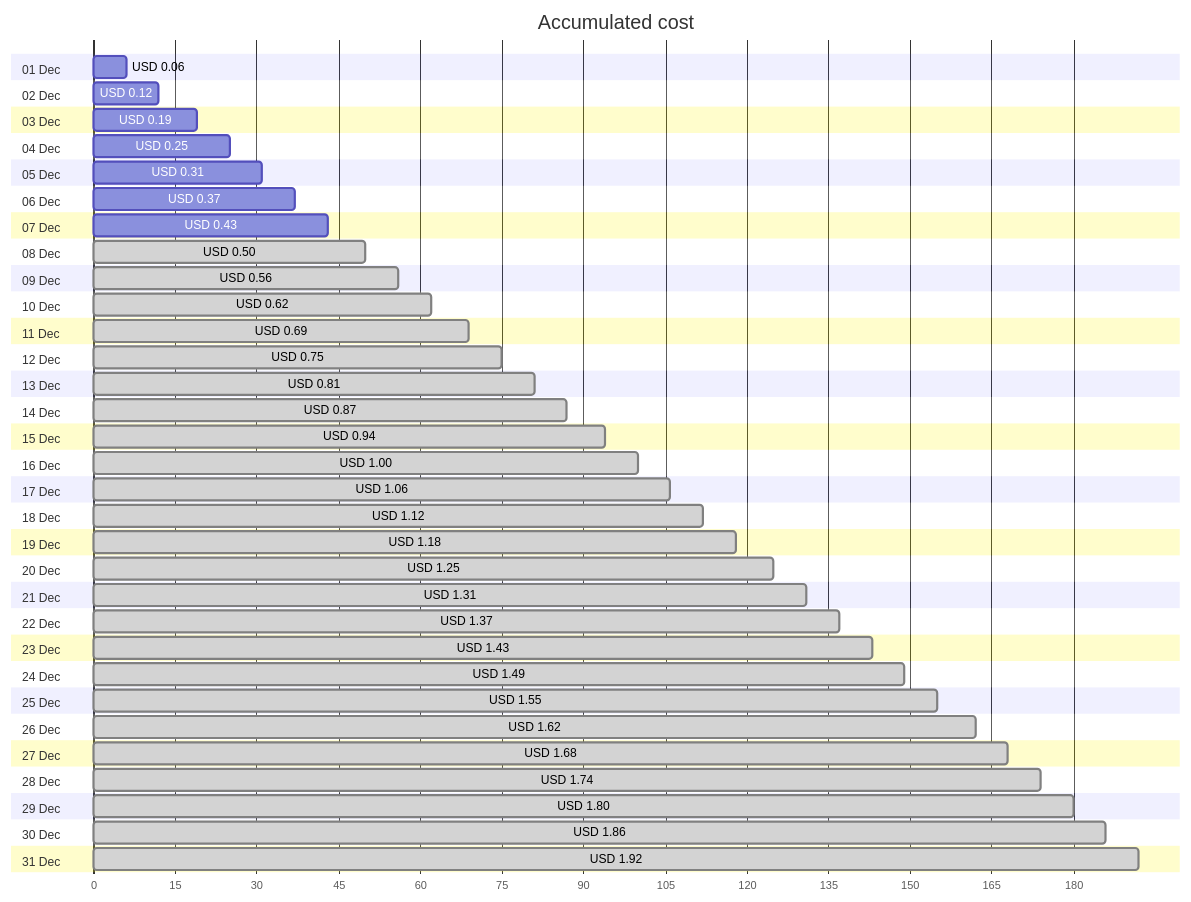
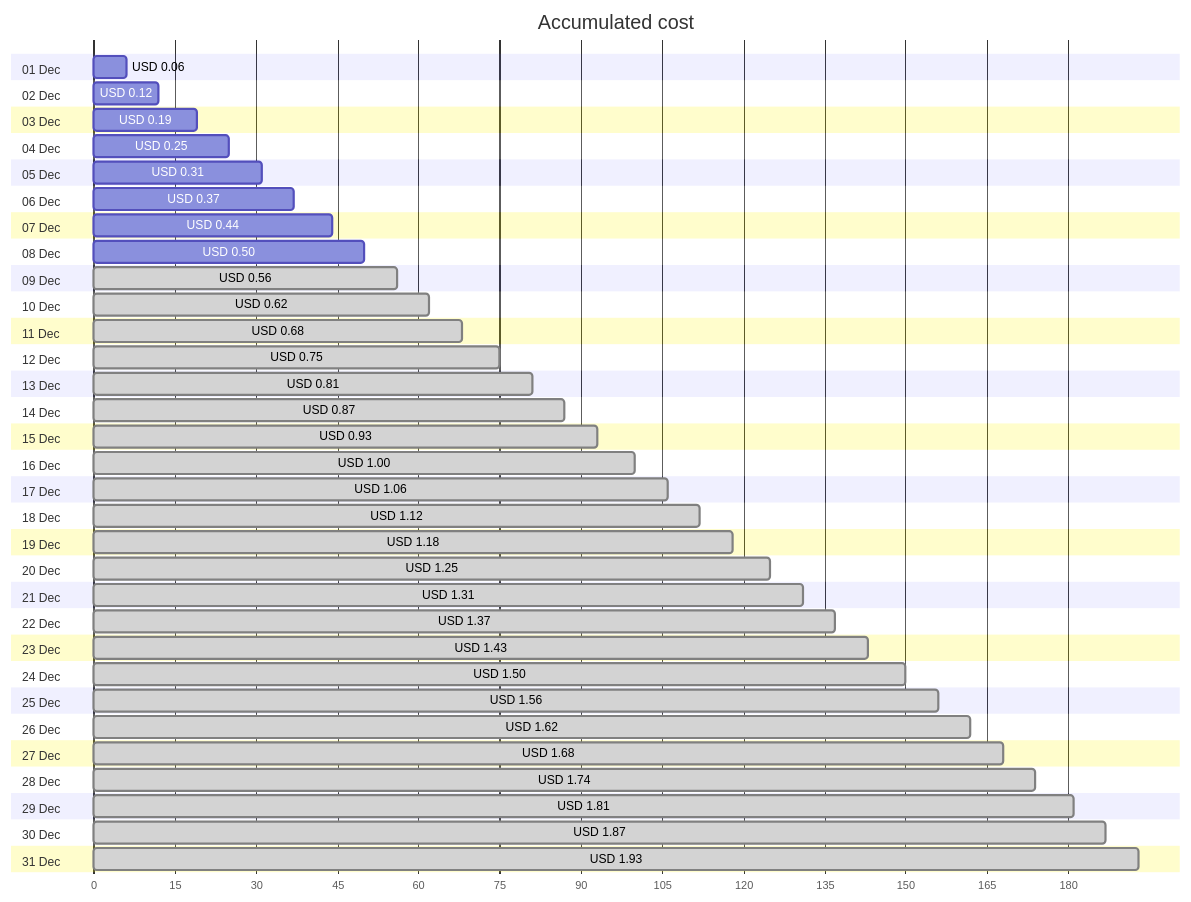
The first of 4 diagrams in cost-reports/personal-network/vpn-server_OsDisk.md (jpfulton/azure-personal-reports), drawn with Mermaid before and after one commit. The commit also changed other lines of this file and 8 other files, not shown here.

````diff
--- a/cost-reports/personal-network/vpn-server_OsDisk.md
+++ b/cost-reports/personal-network/vpn-server_OsDisk.md
@@ -20,68 +20,68 @@
 ```mermaid
 gantt
    title Accumulated cost
    dateFormat  X
    axisFormat %s
    section 01 Dec
    USD 0.06 :0, 6
    section 02 Dec
    USD 0.12 :0, 12
    section 03 Dec
    USD 0.19 :0, 19
    section 04 Dec
    USD 0.25 :0, 25
    section 05 Dec
    USD 0.31 :0, 31
    section 06 Dec
    USD 0.37 :0, 37
    section 07 Dec
-   USD 0.43 :0, 43
+   USD 0.44 :0, 44
    section 08 Dec
-   USD 0.50 : done, 0, 50
+   USD 0.50 :0, 50
    section 09 Dec
    USD 0.56 : done, 0, 56
    section 10 Dec
    USD 0.62 : done, 0, 62
    section 11 Dec
-   USD 0.69 : done, 0, 69
+   USD 0.68 : done, 0, 68
    section 12 Dec
    USD 0.75 : done, 0, 75
    section 13 Dec
    USD 0.81 : done, 0, 81
    section 14 Dec
    USD 0.87 : done, 0, 87
    section 15 Dec
-   USD 0.94 : done, 0, 94
+   USD 0.93 : done, 0, 93
    section 16 Dec
    USD 1.00 : done, 0, 100
    section 17 Dec
    USD 1.06 : done, 0, 106
    section 18 Dec
    USD 1.12 : done, 0, 112
    section 19 Dec
    USD 1.18 : done, 0, 118
    section 20 Dec
    USD 1.25 : done, 0, 125
    section 21 Dec
    USD 1.31 : done, 0, 131
    section 22 Dec
    USD 1.37 : done, 0, 137
    section 23 Dec
    USD 1.43 : done, 0, 143
    section 24 Dec
-   USD 1.49 : done, 0, 149
+   USD 1.50 : done, 0, 150
    section 25 Dec
-   USD 1.55 : done, 0, 155
+   USD 1.56 : done, 0, 156
    section 26 Dec
    USD 1.62 : done, 0, 162
    section 27 Dec
    USD 1.68 : done, 0, 168
    section 28 Dec
    USD 1.74 : done, 0, 174
    section 29 Dec
-   USD 1.80 : done, 0, 180
+   USD 1.81 : done, 0, 181
    section 30 Dec
-   USD 1.86 : done, 0, 186
+   USD 1.87 : done, 0, 187
    section 31 Dec
-   USD 1.92 : done, 0, 192
+   USD 1.93 : done, 0, 193
 ```
````
